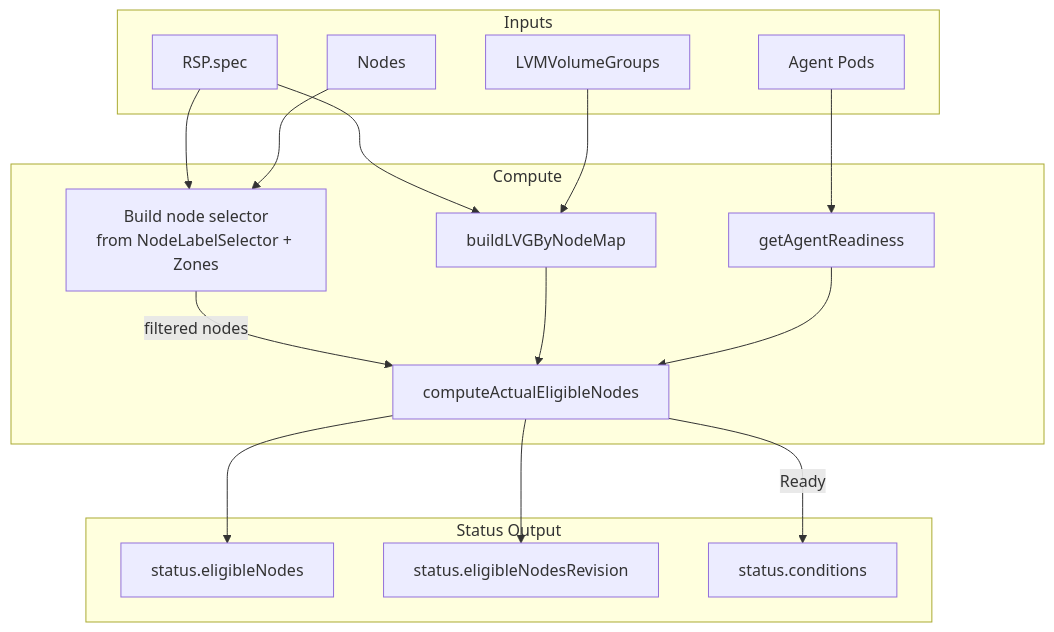
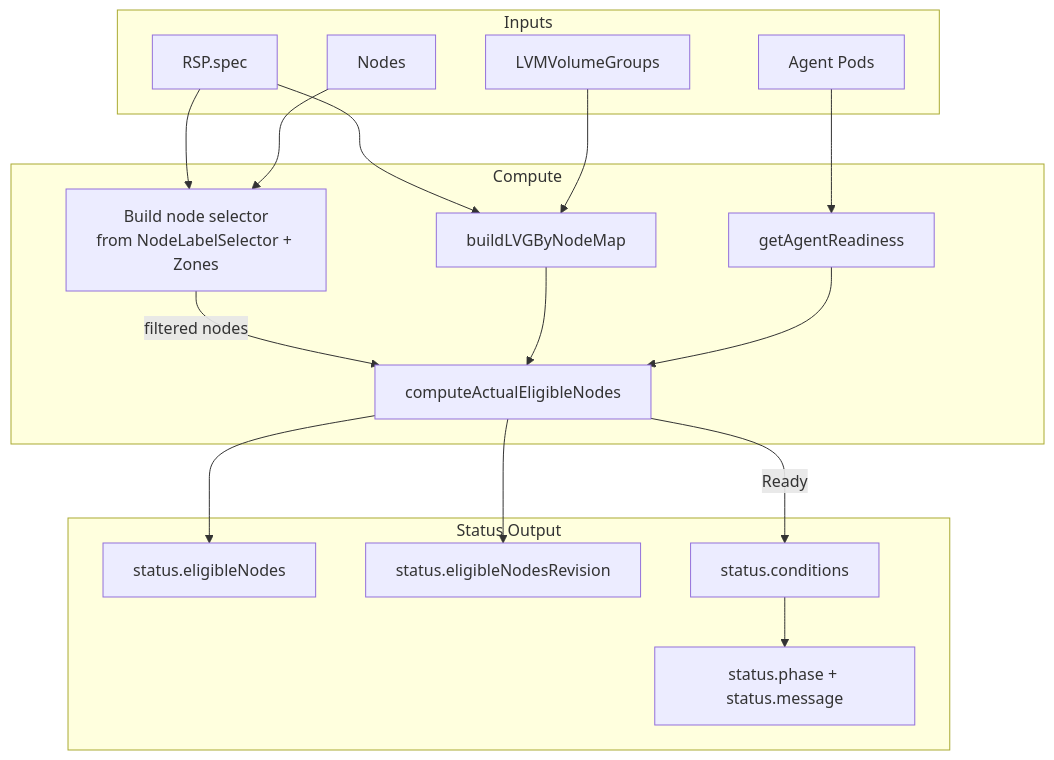
Before and after one commit to deckhouse/sds-replicated-volume: the second of 6 diagrams in images/controller/internal/controllers/rsp_controller/README.md, drawn with Mermaid. The commit also changed other lines of this file and 5 other files, not shown here.

First line of the commit message:
[api, controller] Add phase and message to ReplicatedStoragePool status

````diff
--- a/images/controller/internal/controllers/rsp_controller/README.md
+++ b/images/controller/internal/controllers/rsp_controller/README.md
@@ -163,37 +175,39 @@
 ```mermaid
 flowchart TD
     subgraph inputs [Inputs]
         RSP[RSP.spec]
         Nodes[Nodes]
         LVGs[LVMVolumeGroups]
         AgentPods[Agent Pods]
     end
 
     subgraph compute [Compute]
         BuildSelector[Build node selector<br>from NodeLabelSelector + Zones]
         BuildLVGMap[buildLVGByNodeMap]
         GetAgent[getAgentReadiness]
         ComputeEligible[computeActualEligibleNodes]
     end
 
     subgraph status [Status Output]
         EN[status.eligibleNodes]
         ENRev[status.eligibleNodesRevision]
         Conds[status.conditions]
+        PhaseMsg["status.phase + status.message"]
     end
 
     RSP --> BuildSelector
     RSP --> BuildLVGMap
     Nodes --> BuildSelector
     BuildSelector -->|filtered nodes| ComputeEligible
 
     LVGs --> BuildLVGMap
     BuildLVGMap --> ComputeEligible
 
     AgentPods --> GetAgent
     GetAgent --> ComputeEligible
 
     ComputeEligible --> EN
     ComputeEligible --> ENRev
     ComputeEligible -->|Ready| Conds
+    Conds --> PhaseMsg
 ```
````
